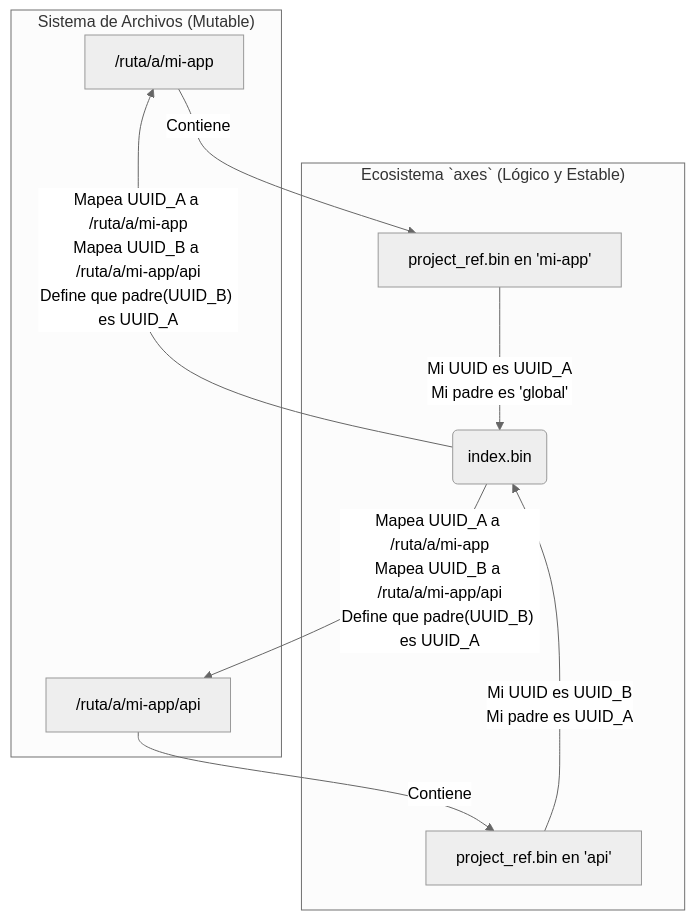
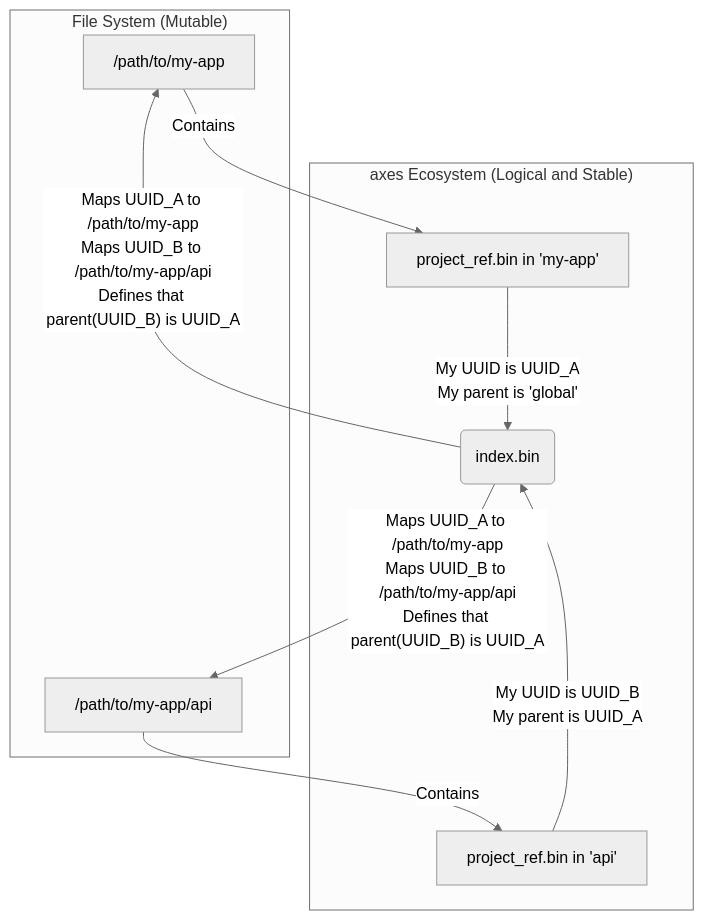
Before and after one commit to RetypeOS/axes: the first of 7 diagrams in TECNICAL.md, drawn with Mermaid (neutral theme). The commit also changed other lines of this file and 14 other files, not shown here.

````diff
--- a/TECNICAL.md
+++ b/TECNICAL.md
@@ -31,20 +38,20 @@
     ```mermaid
     graph TD
-        subgraph "Sistema de Archivos (Mutable)"
-            A["/ruta/a/mi-app"]
-            B["/ruta/a/mi-app/api"]
+        subgraph "File System (Mutable)"
+            A["/path/to/my-app"]
+            B["/path/to/my-app/api"]
         end
 
-        subgraph "Ecosistema `axes` (Lógico y Estable)"
+        subgraph "axes Ecosystem (Logical and Stable)"
             C(index.bin)
-            D["project_ref.bin en 'mi-app'"]
-            E["project_ref.bin en 'api'"]
+            D["project_ref.bin in 'my-app'"]
+            E["project_ref.bin in 'api'"]
         end
 
-        A -- "Contiene" --> D
-        B -- "Contiene" --> E
+        A -- "Contains" --> D
+        B -- "Contains" --> E
         
-        C -- "Mapea UUID_A a /ruta/a/mi-app<br>Mapea UUID_B a /ruta/a/mi-app/api<br>Define que padre(UUID_B) es UUID_A" --> A & B
-        D -- "Mi UUID es UUID_A<br>Mi padre es 'global'" --> C
-        E -- "Mi UUID es UUID_B<br>Mi padre es UUID_A" --> C
+        C -- "Maps UUID_A to /path/to/my-app<br>Maps UUID_B to /path/to/my-app/api<br>Defines that parent(UUID_B) is UUID_A" --> A & B
+        D -- "My UUID is UUID_A<br>My parent is 'global'" --> C
+        E -- "My UUID is UUID_B<br>My parent is UUID_A" --> C
     ```
````
